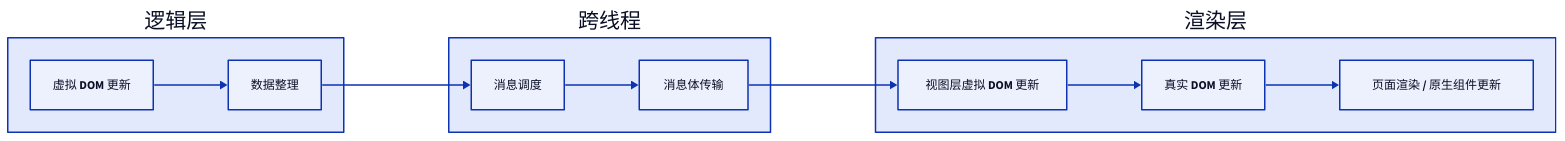
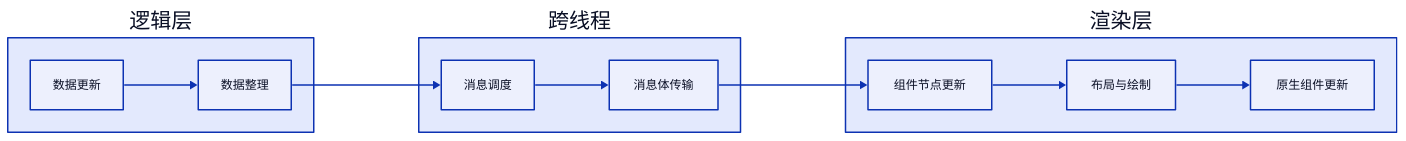
Before and after one commit to youngluo/thinking: the fifth of 10 diagrams in apps/docs/experiences/微信小程序/原理与实践.md, drawn with D2. The commit also changed other lines of this file and 2 other files, not shown here.

Commit message:
docs: refine architecture documentation

````diff
--- a/apps/docs/experiences/微信小程序/原理与实践.md
+++ b/apps/docs/experiences/微信小程序/原理与实践.md
@@ -229,27 +235,27 @@
 ```d2
 direction: right
 
 logic: 逻辑层 {
   class: group
 
-  A: 虚拟 DOM 更新
+  A: 数据更新
   B: 数据整理
 }
 
 bridge_layer: 跨线程 {
   class: group
 
   C: 消息调度
   D: 消息体传输
 }
 
 view: 渲染层 {
   class: group
 
-  E: 视图层虚拟 DOM 更新
-  F: 真实 DOM 更新
-  G: 页面渲染 / 原生组件更新
+  E: 组件节点更新
+  F: 布局与绘制
+  G: 原生组件更新
 }
 
 logic.A -> logic.B -> bridge_layer.C -> bridge_layer.D -> view.E -> view.F -> view.G
 ```
````
